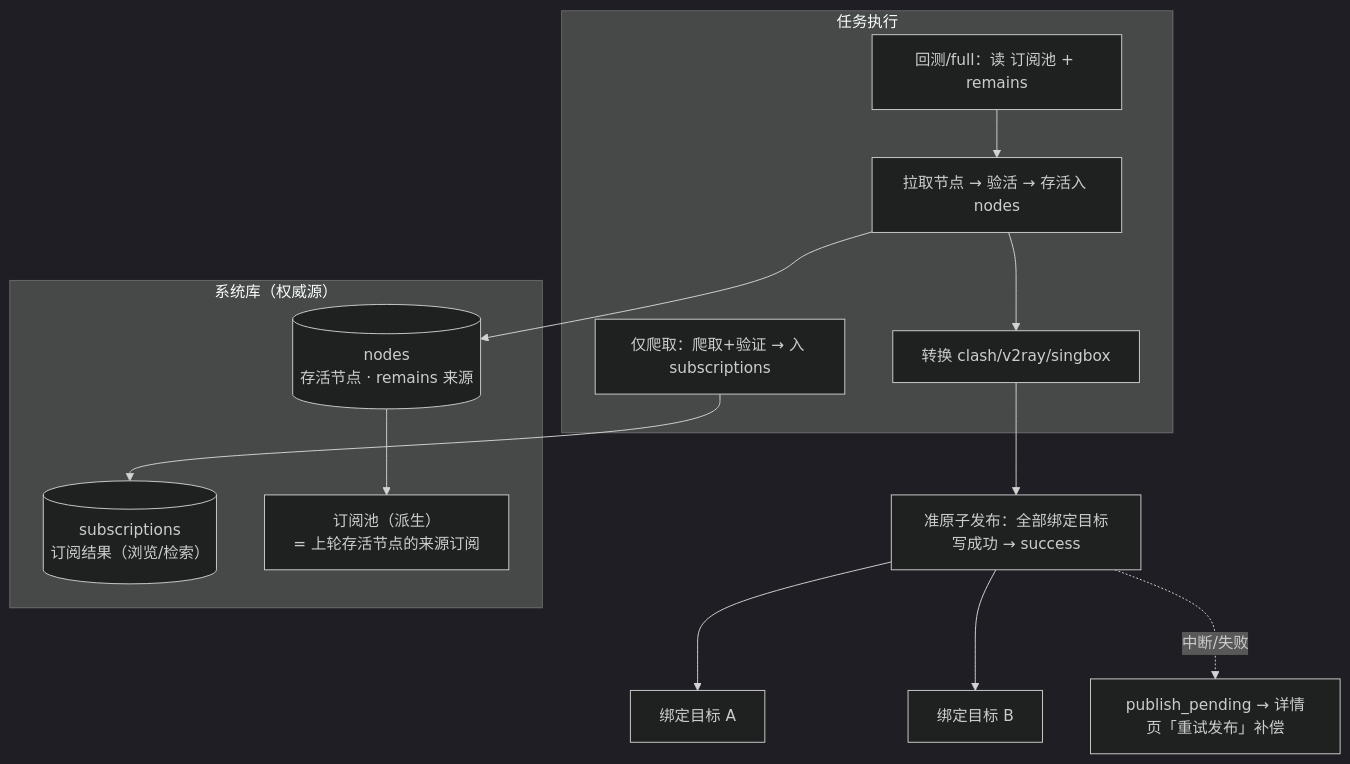
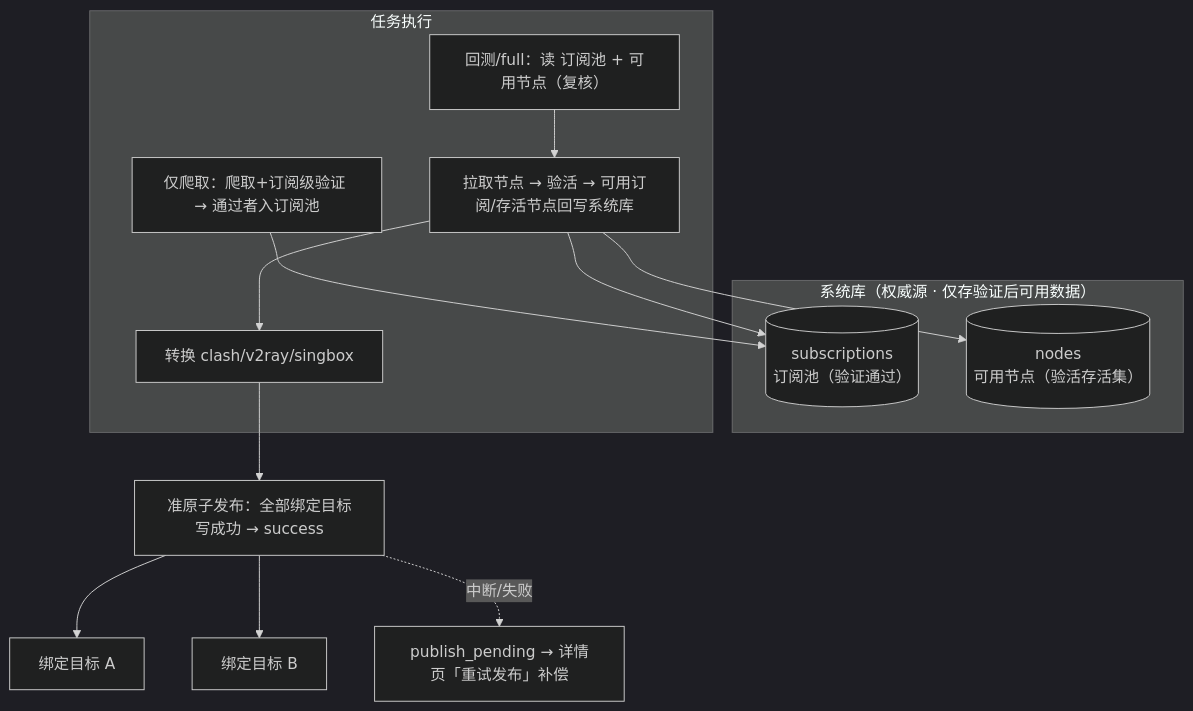
Before and after one commit to AstBt/aggregator-web: the third of 5 diagrams in docs/2026-10-04/PRD.md, drawn with Mermaid (dark theme). The commit also changed other lines of this file and 8 other files, not shown here.

````diff
--- a/docs/2026-10-04/PRD.md
+++ b/docs/2026-10-04/PRD.md
@@ -306,20 +307,21 @@
 ```mermaid
 flowchart TB
-    subgraph DB["系统库（权威源）"]
-        SUBS[("subscriptions<br/>订阅结果（浏览/检索）")]
-        NODES[("nodes<br/>存活节点 · remains 来源")]
-        POOL["订阅池（派生）<br/>= 上轮存活节点的来源订阅"]
+    subgraph DB["系统库（权威源 · 仅存验证后可用数据）"]
+        SUBS[("subscriptions<br/>订阅池（验证通过）")]
+        NODES[("nodes<br/>可用节点（验活存活集）")]
     end
     subgraph TASK["任务执行"]
-        CRAWL["仅爬取：爬取+验证 → 入 subscriptions"]
-        READ["回测/full：读 订阅池 + remains"]
-        RUN["拉取节点 → 验活 → 存活入 nodes"]
+        CRAWL["仅爬取：爬取+订阅级验证 → 通过者入订阅池"]
+        READ["回测/full：读 订阅池 + 可用节点（复核）"]
+        RUN["拉取节点 → 验活 → 可用订阅/存活节点回写系统库"]
         CONV["转换 clash/v2ray/singbox"]
     end
     CRAWL --> SUBS
-    READ --> RUN --> NODES --> POOL
+    READ --> RUN
+    RUN --> SUBS
+    RUN --> NODES
     RUN --> CONV --> PUB["准原子发布：全部绑定目标写成功 → success"]
     PUB --> T1["绑定目标 A"]
     PUB --> T2["绑定目标 B"]
     PUB -.->|"中断/失败"| PEND["publish_pending → 详情页「重试发布」补偿"]
 ```
````
